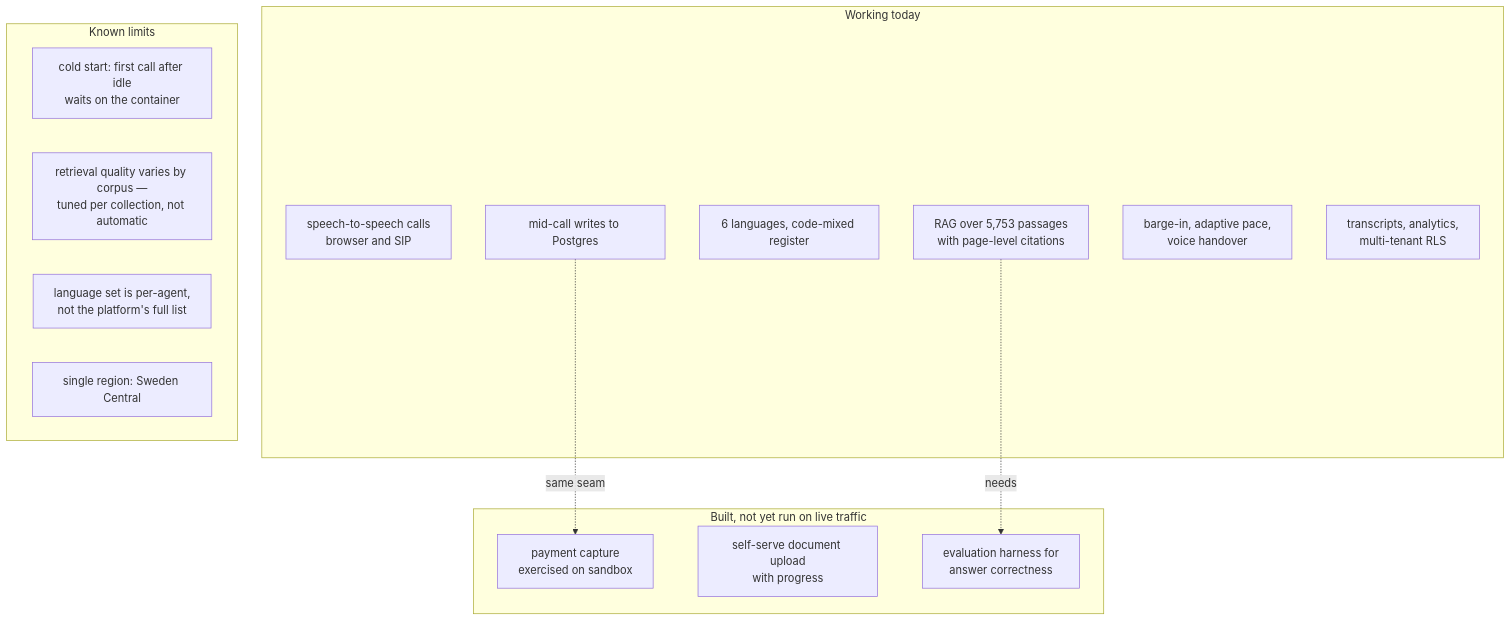
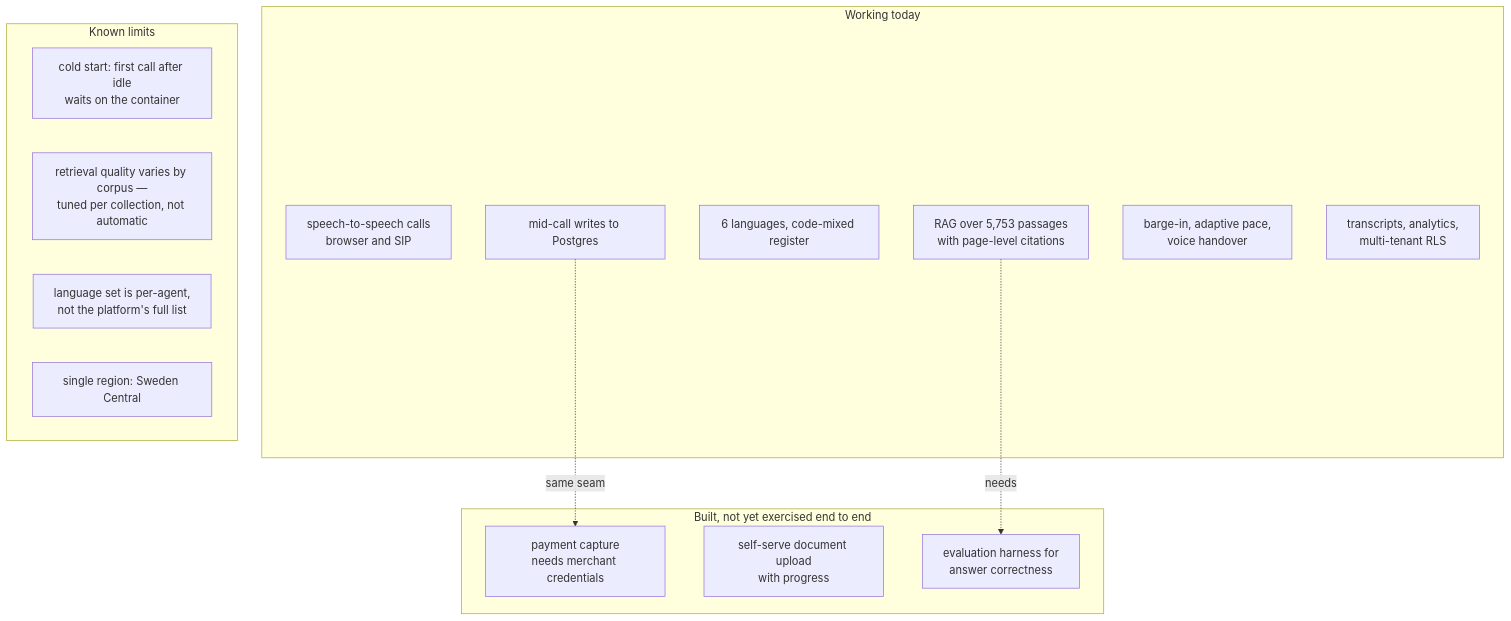
One commit to imarnv/Appello changed the seventh of 7 diagrams in README.md. Above: the diagram before and after it, drawn with Mermaid. The commit also changed other lines of this file and 2 other files, not shown here.

````diff
--- a/README.md
+++ b/README.md
@@ -356,27 +361,27 @@
 ```mermaid
 flowchart TB
     subgraph Live["Working today"]
         L1["speech-to-speech calls<br/>browser and SIP"]
         L2["RAG over 5,753 passages<br/>with page-level citations"]
         L3["6 languages, code-mixed register"]
         L4["mid-call writes to Postgres"]
         L5["barge-in, adaptive pace,<br/>voice handover"]
         L6["transcripts, analytics,<br/>multi-tenant RLS"]
     end
 
-    subgraph Gap["Built, not yet run on live traffic"]
-        G1["payment capture<br/>exercised on sandbox"]
+    subgraph Gap["Built, not yet exercised end to end"]
+        G1["payment capture<br/>needs merchant credentials"]
         G2["self-serve document upload<br/>with progress"]
         G3["evaluation harness for<br/>answer correctness"]
     end
 
     subgraph Known["Known limits"]
         K1["cold start: first call after idle<br/>waits on the container"]
         K2["retrieval quality varies by corpus —<br/>tuned per collection, not automatic"]
         K3["language set is per-agent,<br/>not the platform's full list"]
         K4["single region: Sweden Central"]
     end
 
     L4 -.->|"same seam"| G1
     L2 -.->|"needs"| G3
 ```
````
